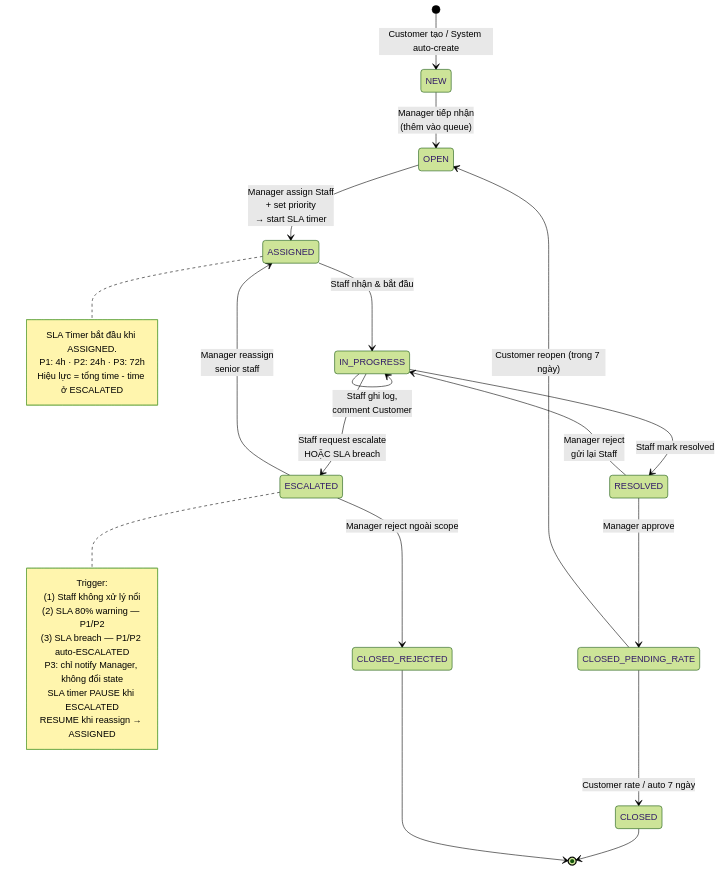
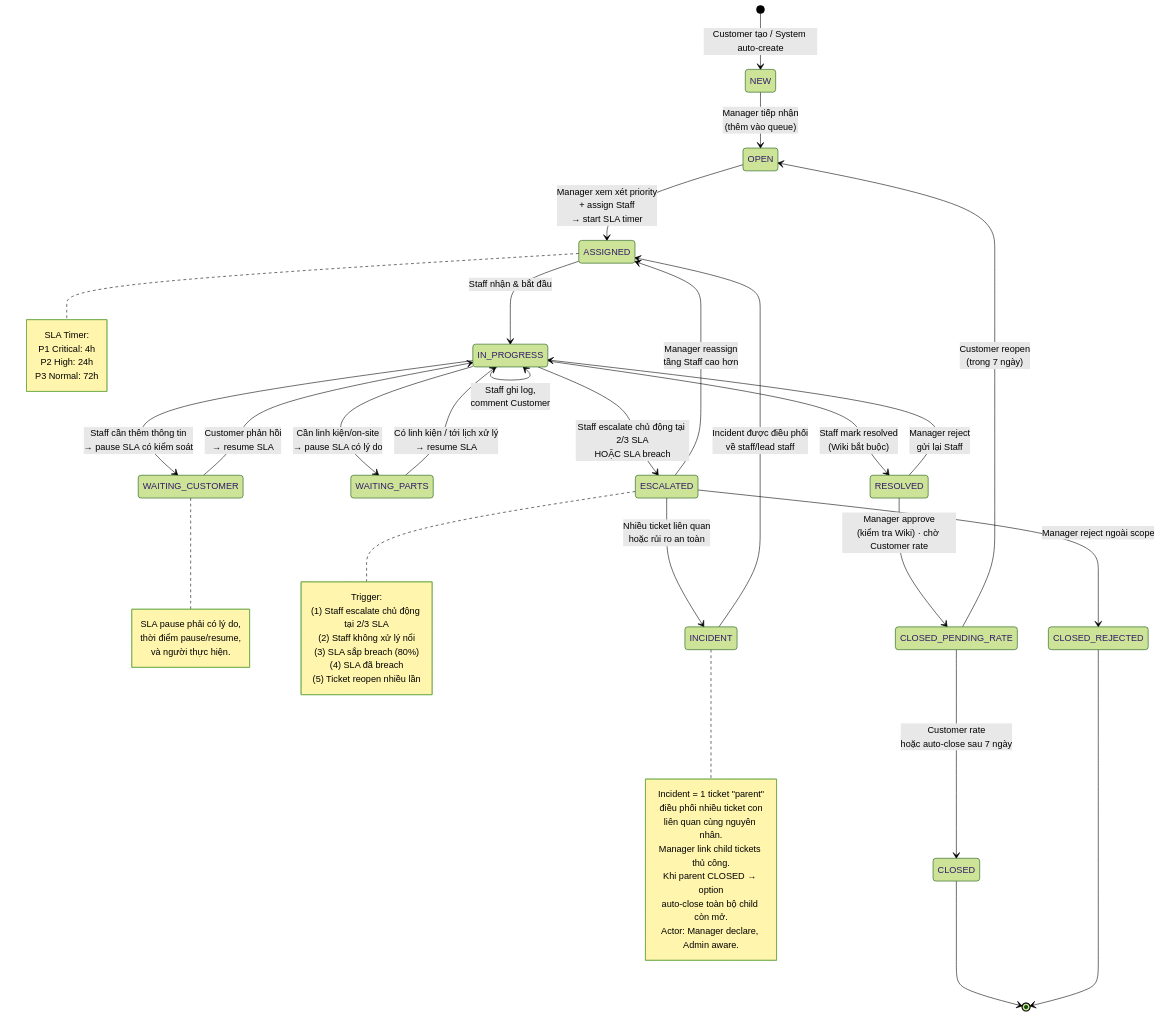
Before and after one commit to GSU26SE55/ai-module: the third of 8 diagrams in .claude/docs/core-business-flow.md, drawn with Mermaid (forest theme). The commit also changed other lines of this file and 31 other files, not shown here.

````diff
--- a/.claude/docs/core-business-flow.md
+++ b/.claude/docs/core-business-flow.md
@@ -219,40 +244,64 @@
 ```mermaid
 stateDiagram-v2
     [*] --> NEW : Customer tạo / System auto-create
 
     NEW --> OPEN : Manager tiếp nhận<br/>(thêm vào queue)
-    OPEN --> ASSIGNED : Manager assign Staff<br/>+ set priority<br/>→ start SLA timer
+    OPEN --> ASSIGNED : Manager xem xét priority<br/>+ assign Staff<br/>→ start SLA timer
 
     ASSIGNED --> IN_PROGRESS : Staff nhận & bắt đầu
     IN_PROGRESS --> IN_PROGRESS : Staff ghi log,<br/>comment Customer
 
-    IN_PROGRESS --> RESOLVED : Staff mark resolved
-    IN_PROGRESS --> ESCALATED : Staff request escalate<br/>HOẶC SLA breach
+    IN_PROGRESS --> WAITING_CUSTOMER : Staff cần thêm thông tin<br/>→ pause SLA có kiểm soát
+    WAITING_CUSTOMER --> IN_PROGRESS : Customer phản hồi<br/>→ resume SLA
+    IN_PROGRESS --> WAITING_PARTS : Cần linh kiện/on-site<br/>→ pause SLA có lý do
+    WAITING_PARTS --> IN_PROGRESS : Có linh kiện / tới lịch xử lý<br/>→ resume SLA
 
-    ESCALATED --> ASSIGNED : Manager reassign<br/>senior staff
+    IN_PROGRESS --> RESOLVED : Staff mark resolved<br/>(Wiki bắt buộc)
+    IN_PROGRESS --> ESCALATED : Staff escalate chủ động tại 2/3 SLA<br/>HOẶC SLA breach
+
+    ESCALATED --> ASSIGNED : Manager reassign<br/>tầng Staff cao hơn
+    ESCALATED --> INCIDENT : Nhiều ticket liên quan<br/>hoặc rủi ro an toàn
     ESCALATED --> CLOSED_REJECTED : Manager reject ngoài scope
 
-    RESOLVED --> CLOSED_PENDING_RATE : Manager approve
-    CLOSED_PENDING_RATE --> CLOSED : Customer rate / auto 7 ngày
-    CLOSED_PENDING_RATE --> OPEN : Customer reopen (trong 7 ngày)
+    INCIDENT --> ASSIGNED : Incident được điều phối<br/>về staff/lead staff
+
+    RESOLVED --> CLOSED_PENDING_RATE : Manager approve<br/>(kiểm tra Wiki) · chờ Customer rate
+    CLOSED_PENDING_RATE --> CLOSED : Customer rate<br/>hoặc auto-close sau 7 ngày
     RESOLVED --> IN_PROGRESS : Manager reject<br/>gửi lại Staff
+    CLOSED_PENDING_RATE --> OPEN : Customer reopen<br/>(trong 7 ngày)
 
     CLOSED --> [*]
     CLOSED_REJECTED --> [*]
 
     note right of ASSIGNED
-        SLA Timer bắt đầu khi ASSIGNED.
-        P1: 4h · P2: 24h · P3: 72h
-        Hiệu lực = tổng time - time ở ESCALATED
+        SLA Timer:
+        P1 Critical: 4h
+        P2 High: 24h
+        P3 Normal: 72h
+    end note
+
+    note right of WAITING_CUSTOMER
+        SLA pause phải có lý do,
+        thời điểm pause/resume,
+        và người thực hiện.
     end note
 
     note right of ESCALATED
         Trigger:
-        (1) Staff không xử lý nổi
-        (2) SLA 80% warning — P1/P2
-        (3) SLA breach — P1/P2 auto-ESCALATED
-             P3: chỉ notify Manager, không đổi state
-        SLA timer PAUSE khi ESCALATED
-        RESUME khi reassign → ASSIGNED
+        (1) Staff escalate chủ động tại 2/3 SLA
+        (2) Staff không xử lý nổi
+        (3) SLA sắp breach (80%)
+        (4) SLA đã breach
+        (5) Ticket reopen nhiều lần
+    end note
+
+    note right of INCIDENT
+        Incident = 1 ticket "parent"
+        điều phối nhiều ticket con
+        liên quan cùng nguyên nhân.
+        Manager link child tickets thủ công.
+        Khi parent CLOSED → option
+        auto-close toàn bộ child còn mở.
+        Actor: Manager declare, Admin aware.
     end note
 ```
````
